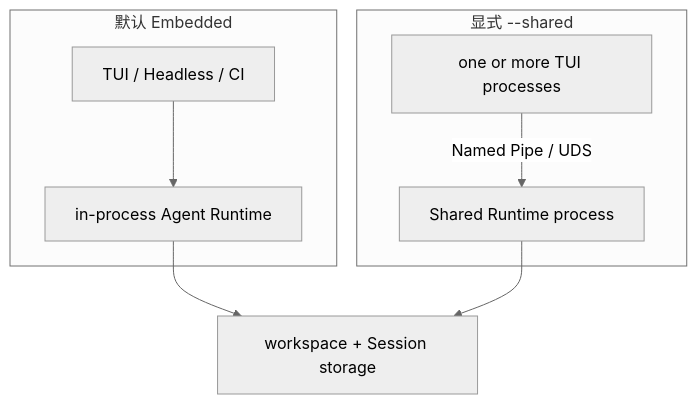
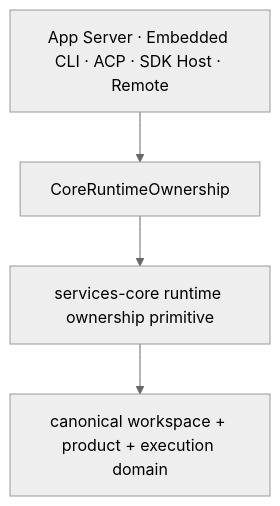
Before and after one commit to GCWing/BitFun: the sixth of 6 diagrams in docs/architecture/agent-runtime-deployment-design.md, drawn with Mermaid (neutral theme). The commit also changed other lines of this file and 13 other files, not shown here.

Commit message:
feat(doct): add app server design

````diff
--- a/docs/architecture/agent-runtime-deployment-design.md
+++ b/docs/architecture/agent-runtime-deployment-design.md
@@ -308,11 +202,6 @@
 ```mermaid
 flowchart TB
-  subgraph Embedded["默认 Embedded"]
-    TUI["TUI / Headless / CI"] --> Direct["in-process Agent Runtime"]
-  end
-  subgraph Shared["显式 --shared"]
-    Clients["one or more TUI processes"] -->|"Named Pipe / UDS"| SharedRuntime["Shared Runtime process"]
-  end
-  Direct --> Data["workspace + Session storage"]
-  SharedRuntime --> Data
+  Roots["App Server · Embedded CLI · ACP · SDK Host · Remote"] --> Core["CoreRuntimeOwnership"]
+  Core --> Primitive["services-core runtime ownership primitive"]
+  Primitive --> Lease["canonical workspace + product + execution domain"]
 ```
````
